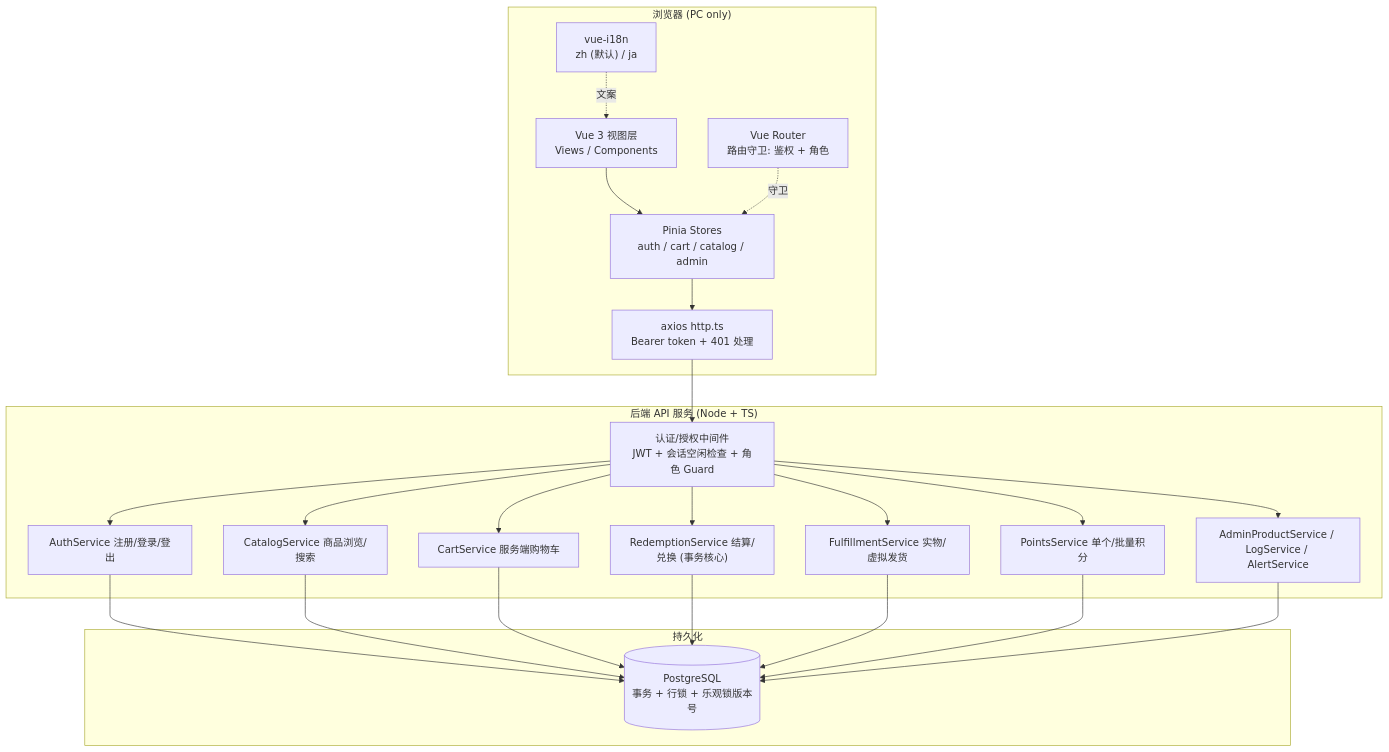
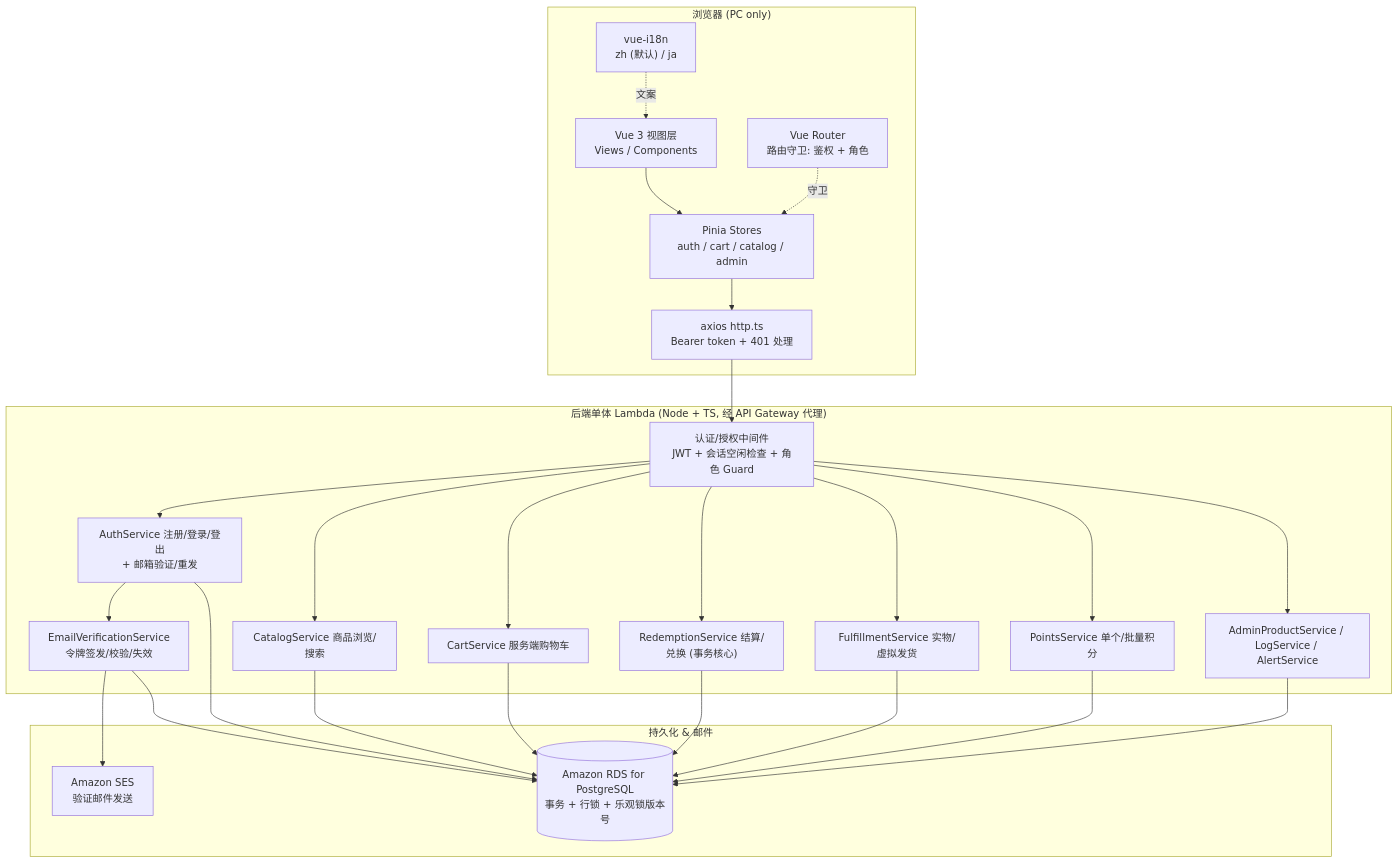
Before and after one commit to TimothyCNSz/kiro-pj: the second of 9 diagrams in .kiro/specs/awsome-shop/design.md, drawn with Mermaid. The commit also changed other lines of this file and 3 other files, not shown here.

````diff
--- a/.kiro/specs/awsome-shop/design.md
+++ b/.kiro/specs/awsome-shop/design.md
@@ -41,31 +108,36 @@
 ```mermaid
 graph TB
   subgraph Client["浏览器 (PC only)"]
     UI["Vue 3 视图层<br/>Views / Components"]
     I18N["vue-i18n<br/>zh (默认) / ja"]
     Store["Pinia Stores<br/>auth / cart / catalog / admin"]
     Router["Vue Router<br/>路由守卫: 鉴权 + 角色"]
     HTTP["axios http.ts<br/>Bearer token + 401 处理"]
   end
 
-  subgraph Server["后端 API 服务 (Node + TS)"]
+  subgraph Server["后端单体 Lambda (Node + TS, 经 API Gateway 代理)"]
     Gate["认证/授权中间件<br/>JWT + 会话空闲检查 + 角色 Guard"]
-    AuthSvc["AuthService 注册/登录/登出"]
+    AuthSvc["AuthService 注册/登录/登出<br/>+ 邮箱验证/重发"]
+    VerifySvc["EmailVerificationService<br/>令牌签发/校验/失效"]
     CatalogSvc["CatalogService 商品浏览/搜索"]
     CartSvc["CartService 服务端购物车"]
     OrderSvc["RedemptionService 结算/兑换 (事务核心)"]
     ShipSvc["FulfillmentService 实物/虚拟发货"]
     PointsSvc["PointsService 单个/批量积分"]
     AdminSvc["AdminProductService / LogService / AlertService"]
   end
 
-  subgraph Data["持久化"]
-    DB[("PostgreSQL<br/>事务 + 行锁 + 乐观锁版本号")]
+  subgraph Data["持久化 & 邮件"]
+    DB[("Amazon RDS for PostgreSQL<br/>事务 + 行锁 + 乐观锁版本号")]
+    SES["Amazon SES<br/>验证邮件发送"]
   end
 
   UI --> Store --> HTTP --> Gate
   Router -.守卫.-> Store
   I18N -.文案.-> UI
   Gate --> AuthSvc & CatalogSvc & CartSvc & OrderSvc & ShipSvc & PointsSvc & AdminSvc
+  AuthSvc --> VerifySvc
+  VerifySvc --> SES
   AuthSvc & CatalogSvc & CartSvc & OrderSvc & ShipSvc & PointsSvc & AdminSvc --> DB
+  VerifySvc --> DB
 ```
````
